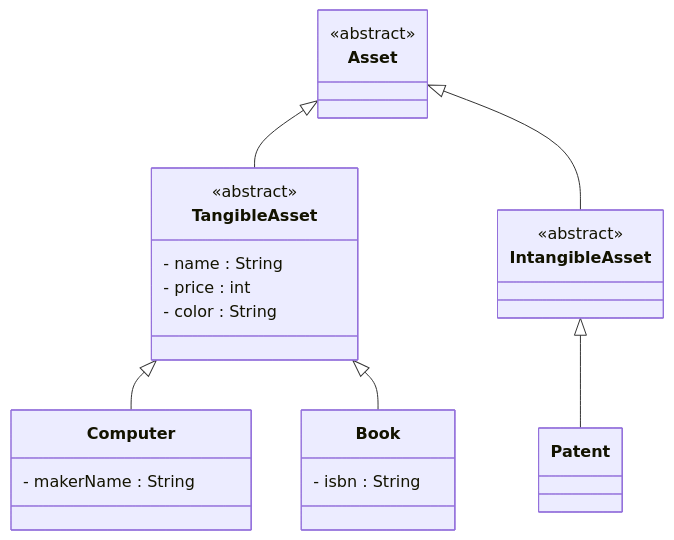
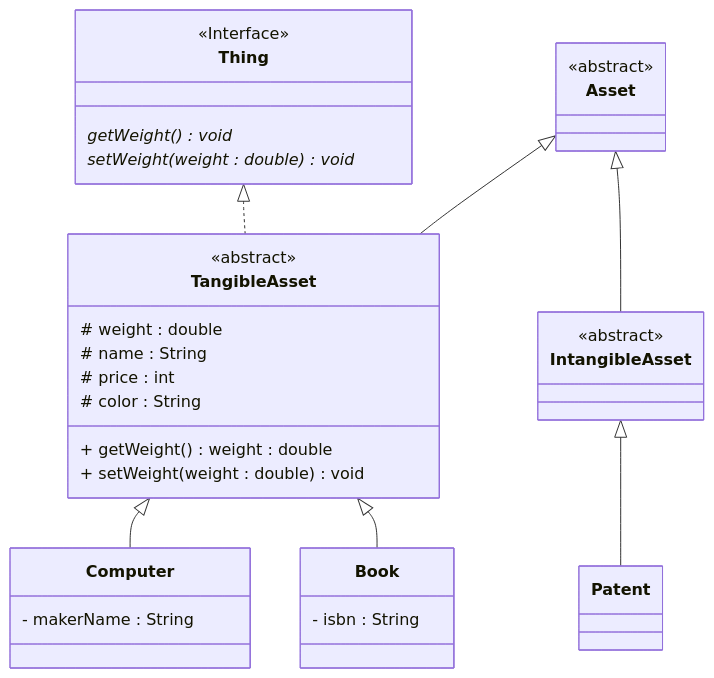
The diagram in docs/Day08AssetDiagram.md (SurvivalCodingCampus/gangnam3-java-oop), drawn with Mermaid before and after one commit. The commit also changed 5 other files, not shown here.

````diff
--- a/docs/Day08AssetDiagram.md
+++ b/docs/Day08AssetDiagram.md
@@ -1,38 +1,52 @@
 ```mermaid
 classDiagram
 
     class Asset {
         <<abstract>>
     }
     
     class TangibleAsset {
         <<abstract>>
-        - name : String
-        - price : int
-        - color : String
+        # weight : double
+        # name : String
+        # price : int
+        # color : String
+        
+        + getWeight() weight : double 
+        + setWeight(weight : double) void
     }
         
     class Computer {
         - makerName : String
     }
     
     class Book {
         - isbn : String
     }
     
     class IntangibleAsset {
         <<abstract>>
     }
     
     class Patent {
         
     }
+    
+    class Thing {
+        <<Interface>>
+        getWeight() void *
+        setWeight(weight : double) void *
+    }
 
     Asset <|-- TangibleAsset
-    Asset <|-- IntangibleAsset 
-    IntangibleAsset <|-- Patent 
+    Asset <|-- IntangibleAsset
+    
+    IntangibleAsset <|-- Patent
+    
     TangibleAsset <|-- Computer 
     TangibleAsset <|-- Book 
     
+    Thing <|.. TangibleAsset
+    
 
 ```
````
